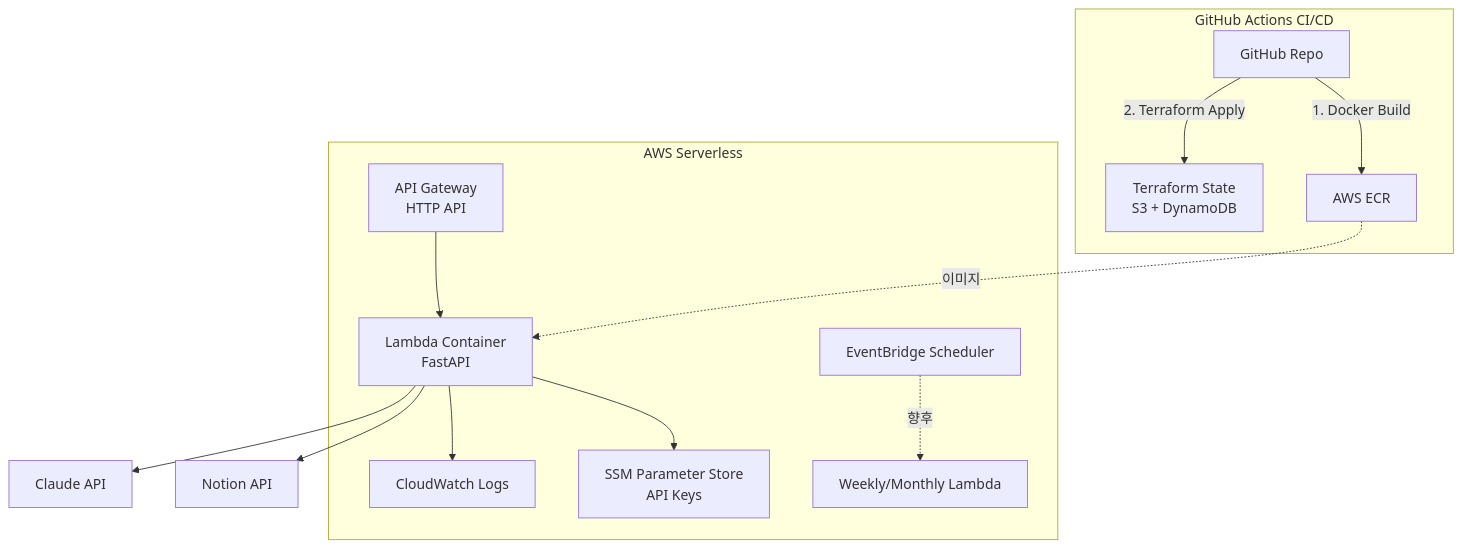
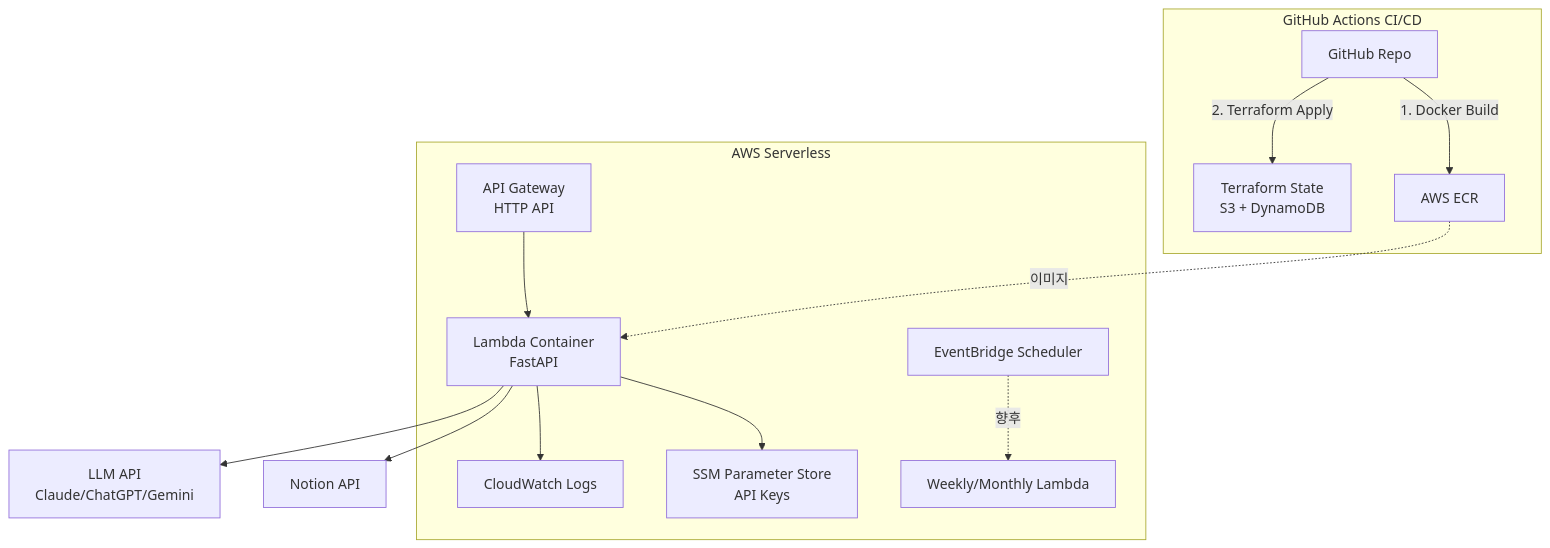
Before and after one commit to gogo1414/work-logging-system: the third of 3 diagrams in README.md, drawn with Mermaid. The commit also changed other lines of this file and 1 other file, not shown here.

First line of the commit message:
docs: Render 배포 및 LLM 선택 가이드 추가

````diff
--- a/README.md
+++ b/README.md
@@ -64,19 +66,19 @@
 ```mermaid
 graph TB
     subgraph "GitHub Actions CI/CD"
         GH[GitHub Repo]
         GH -->|1. Docker Build| ECR[AWS ECR]
         GH -->|2. Terraform Apply| TF[Terraform State<br/>S3 + DynamoDB]
     end
 
     subgraph "AWS Serverless"
         APIGW[API Gateway<br/>HTTP API] --> Lambda[Lambda Container<br/>FastAPI]
         Lambda --> SSM[SSM Parameter Store<br/>API Keys]
         Lambda --> CW[CloudWatch Logs]
         EventBridge[EventBridge Scheduler] -.->|향후| Lambda2[Weekly/Monthly Lambda]
     end
 
     Lambda --> Notion[Notion API]
-    Lambda --> Claude[Claude API]
+    Lambda --> LLM[LLM API<br/>Claude/ChatGPT/Gemini]
     ECR -.->|이미지| Lambda
 ```
````
